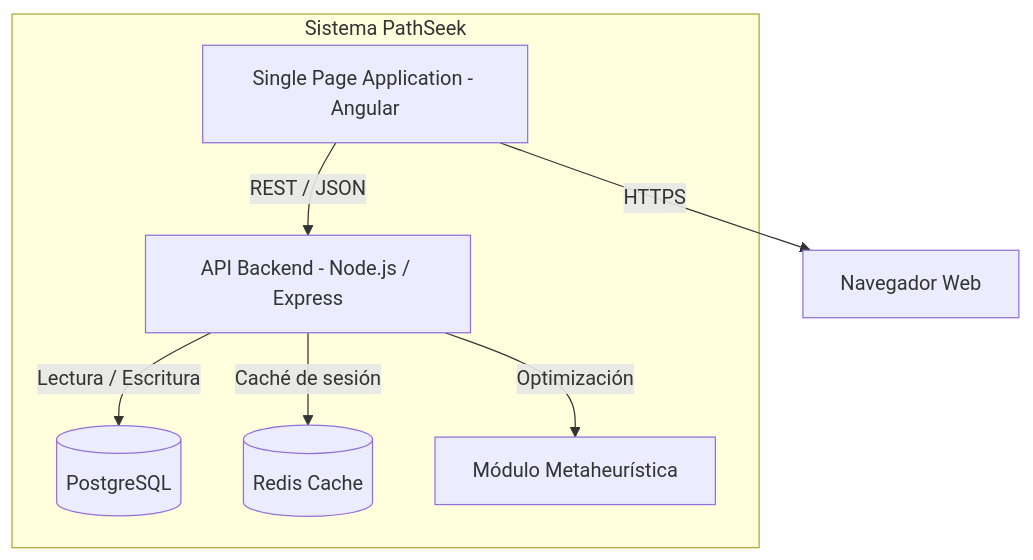
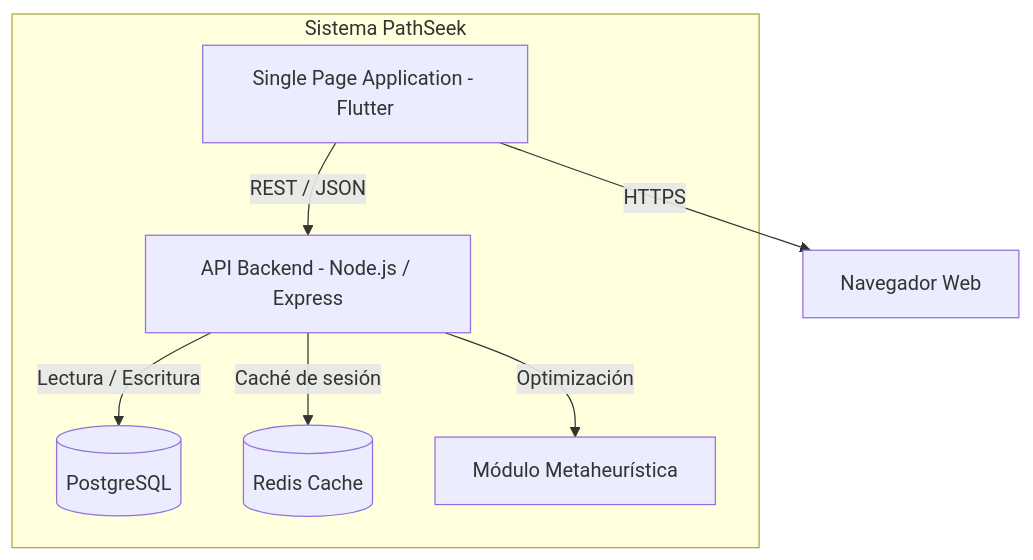
The second of 7 diagrams in docs/01 Inicio/12. Modelo C4 V_1_1_0.md (UmbraFlare-code/PathSeek), drawn with Mermaid before and after one commit. The commit also changed other lines of this file and 8 other files, not shown here.

First line of the commit message:
docs: cambiar stack frontend de Angular a Flutter (Dart)

````diff
--- a/docs/01 Inicio/12. Modelo C4 V_1_1_0.md
+++ b/docs/01 Inicio/12. Modelo C4 V_1_1_0.md
@@ -26,12 +26,12 @@
 ```mermaid
 graph TD
     subgraph "Sistema PathSeek"
-        WA["Single Page Application - Angular"] -->|"REST / JSON"| API["API Backend - Node.js / Express"]
+        WA["Single Page Application - Flutter"] -->|"REST / JSON"| API["API Backend - Node.js / Express"]
         API -->|"Lectura / Escritura"| DB[("PostgreSQL")]
 
         API -->|"Caché de sesión"| CACHE[("Redis Cache")]
         API -->|"Optimización"| ALGO["Módulo Metaheurística"]
 
     end
     WA -->|"HTTPS"| BROWSER["Navegador Web"]
 ```
````
